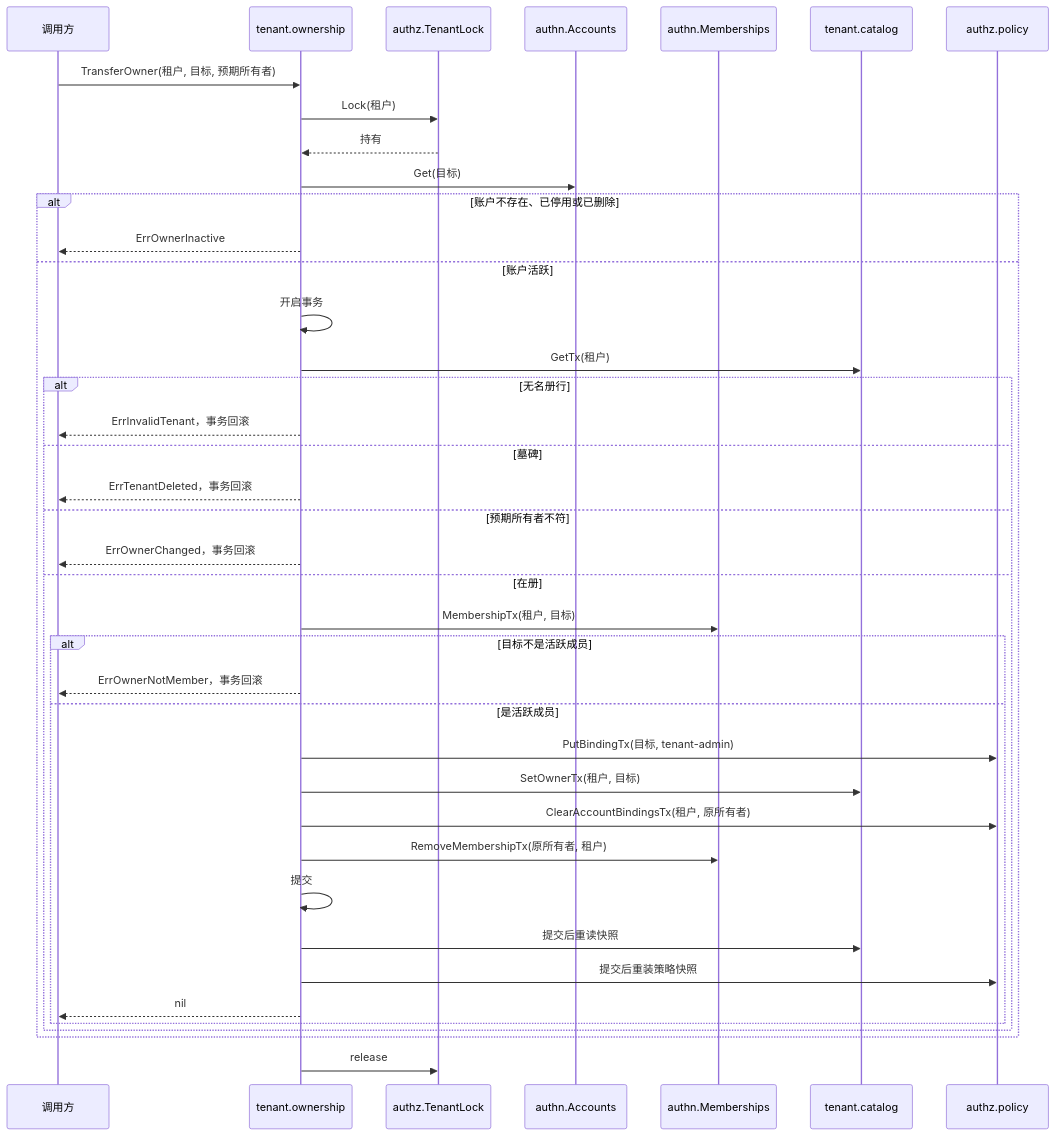
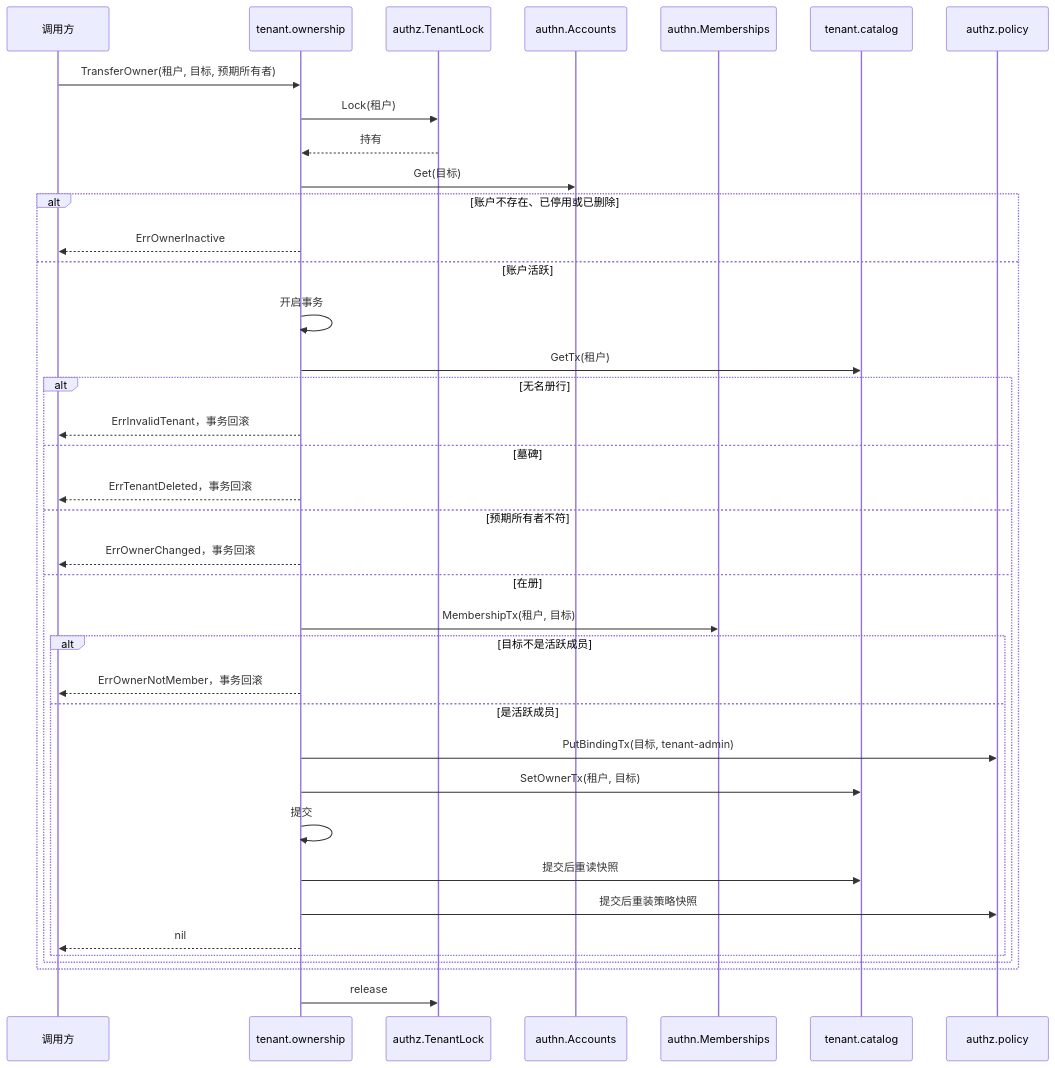
Before and after one commit to wangzw/speed: the diagram in docs/design/modules/tenant/design-tenant-ownership.md, drawn with Mermaid. The commit also changed other lines of this file and 23 other files, not shown here.

````diff
--- a/docs/design/modules/tenant/design-tenant-ownership.md
+++ b/docs/design/modules/tenant/design-tenant-ownership.md
@@ -58,42 +58,40 @@
 ```mermaid
 sequenceDiagram
     participant C as 调用方
     participant O as tenant.ownership
     participant L as authz.TenantLock
     participant A as authn.Accounts
     participant M as authn.Memberships
     participant R as tenant.catalog
     participant P as authz.policy
     C->>O: TransferOwner(租户, 目标, 预期所有者)
     O->>L: Lock(租户)
     L-->>O: 持有
     O->>A: Get(目标)
     alt 账户不存在、已停用或已删除
         O-->>C: ErrOwnerInactive
     else 账户活跃
         O->>O: 开启事务
         O->>R: GetTx(租户)
         alt 无名册行
             O-->>C: ErrInvalidTenant，事务回滚
         else 墓碑
             O-->>C: ErrTenantDeleted，事务回滚
         else 预期所有者不符
             O-->>C: ErrOwnerChanged，事务回滚
         else 在册
             O->>M: MembershipTx(租户, 目标)
             alt 目标不是活跃成员
                 O-->>C: ErrOwnerNotMember，事务回滚
             else 是活跃成员
                 O->>P: PutBindingTx(目标, tenant-admin)
                 O->>R: SetOwnerTx(租户, 目标)
-                O->>P: ClearAccountBindingsTx(租户, 原所有者)
-                O->>M: RemoveMembershipTx(原所有者, 租户)
                 O->>O: 提交
                 O->>R: 提交后重读快照
                 O->>P: 提交后重装策略快照
                 O-->>C: nil
             end
         end
     end
     O->>L: release
 ```
````
